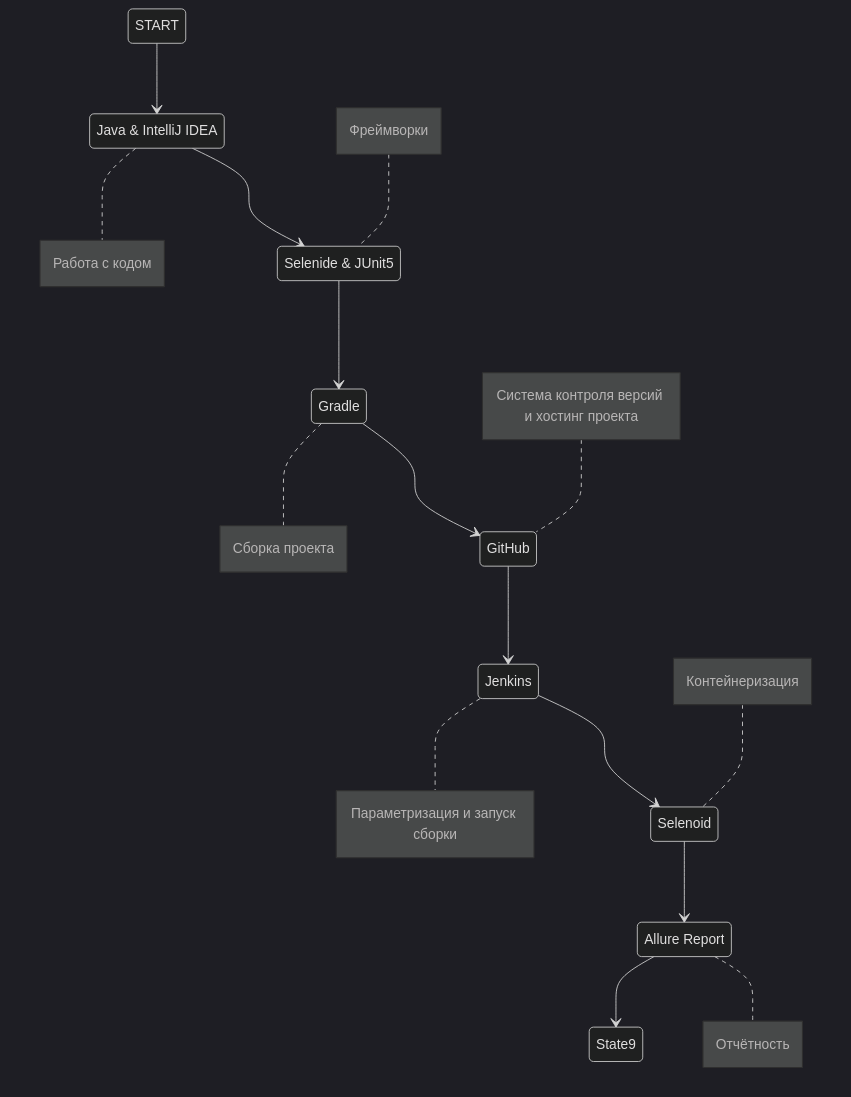
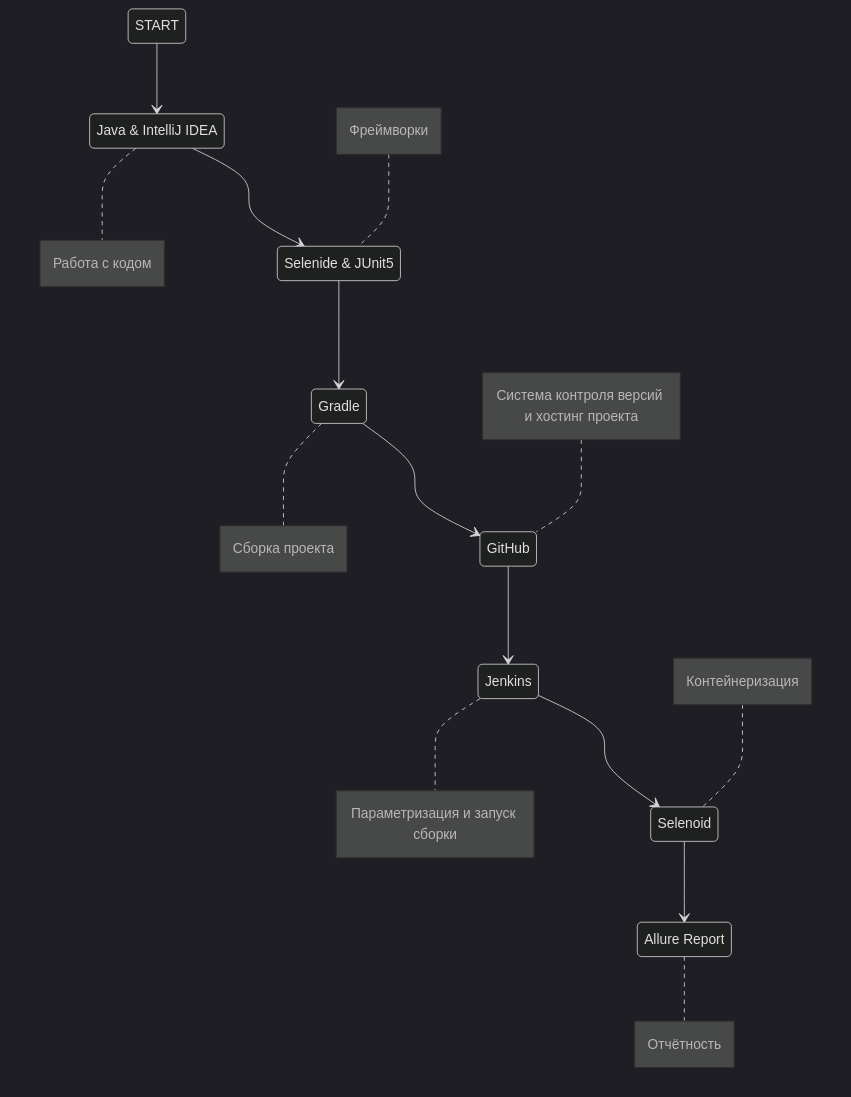
The diagram in README.md (AGordey/Diplom_Mobile_Test_Part_3), drawn with Mermaid (dark theme) before and after one commit.

Commit message:
Diplom part 3 Mobile

````diff
--- a/README.md
+++ b/README.md
@@ -29,26 +29,25 @@
 ```mermaid        
     stateDiagram-v2
         State1: START
         State2: Java & IntelliJ IDEA
         State3: Selenide & JUnit5
         State4: Gradle
         State5: GitHub
         State6: Jenkins
         State7: Selenoid
         State8: Allure Report
         State1 --> State2
         State2 --> State3
         State3 --> State4
         State4 --> State5
         State5 --> State6
         State6 --> State7
         State7 --> State8
-        State8 --> State9
         note right of State2 : Работа с кодом
         note left of State3 : Фреймворки
         note right of State4 : Сборка проекта
         note left of State5 : Система контроля версий и хостинг проекта
         note right of State6 : Параметризация и запуск сборки
         note left of State7 : Контейнеризация
         note right of State8 : Отчётность
 ```
````
